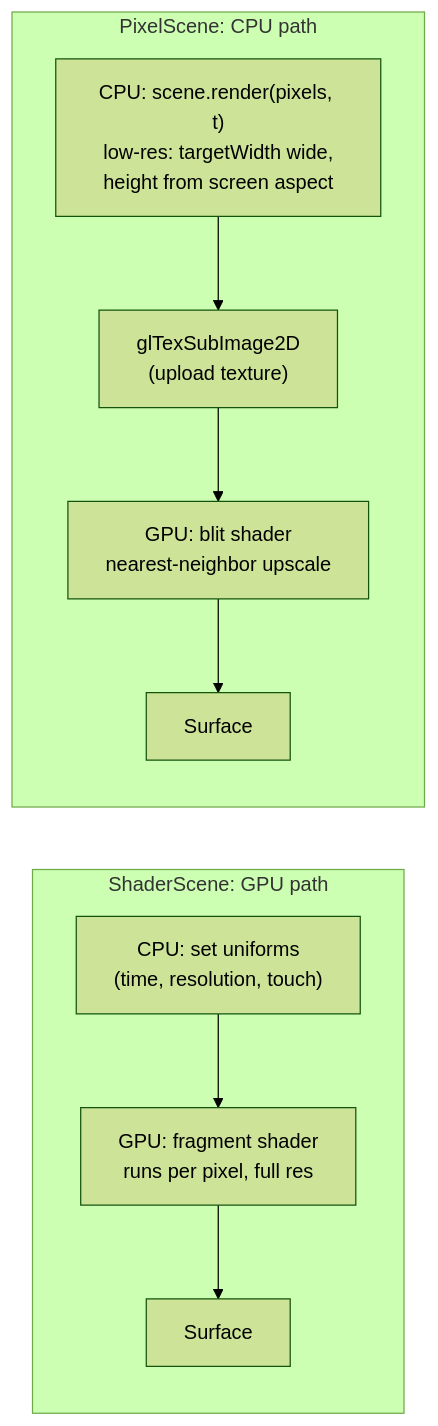
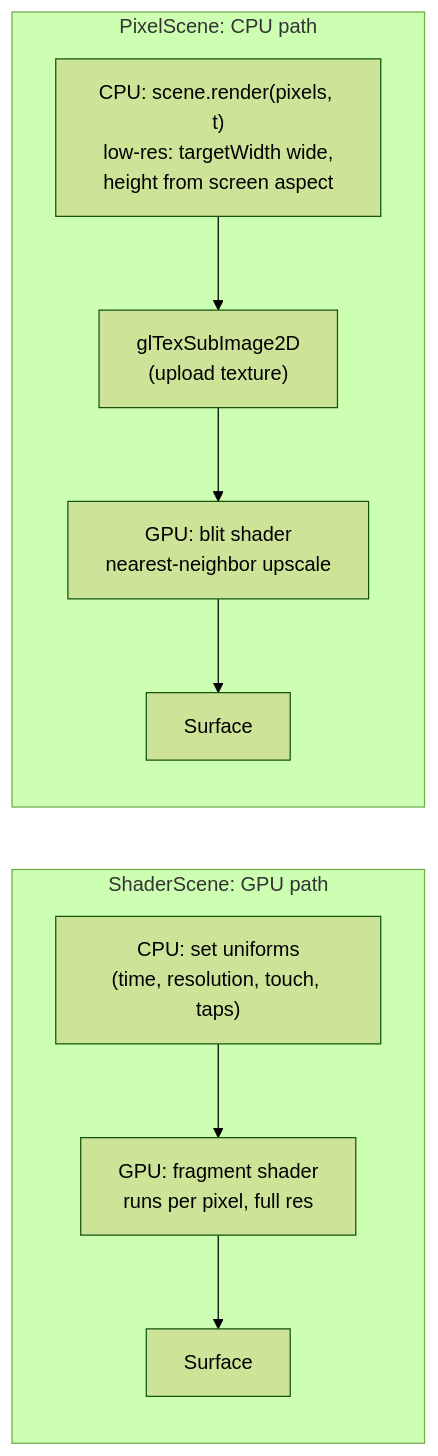
The second of 3 diagrams in design-docs/architecture.md (PhaniKiran1999/shaderscape), drawn with Mermaid (forest theme) before and after one commit. The commit also changed other lines of this file and 2 other files, not shown here.

````diff
--- a/design-docs/architecture.md
+++ b/design-docs/architecture.md
@@ -79,9 +79,9 @@
 ```mermaid
 flowchart LR
     subgraph GPUPath["ShaderScene: GPU path"]
-        U["CPU: set uniforms<br/>(time, resolution, touch)"] --> FS["GPU: fragment shader<br/>runs per pixel, full res"] --> S1["Surface"]
+        U["CPU: set uniforms<br/>(time, resolution, touch, taps)"] --> FS["GPU: fragment shader<br/>runs per pixel, full res"] --> S1["Surface"]
     end
     subgraph CPUPath["PixelScene: CPU path"]
         R["CPU: scene.render(pixels, t)<br/>low-res: targetWidth wide,<br/>height from screen aspect"] --> T["glTexSubImage2D<br/>(upload texture)"] --> B["GPU: blit shader<br/>nearest-neighbor upscale"] --> S2["Surface"]
     end
 ```
````
